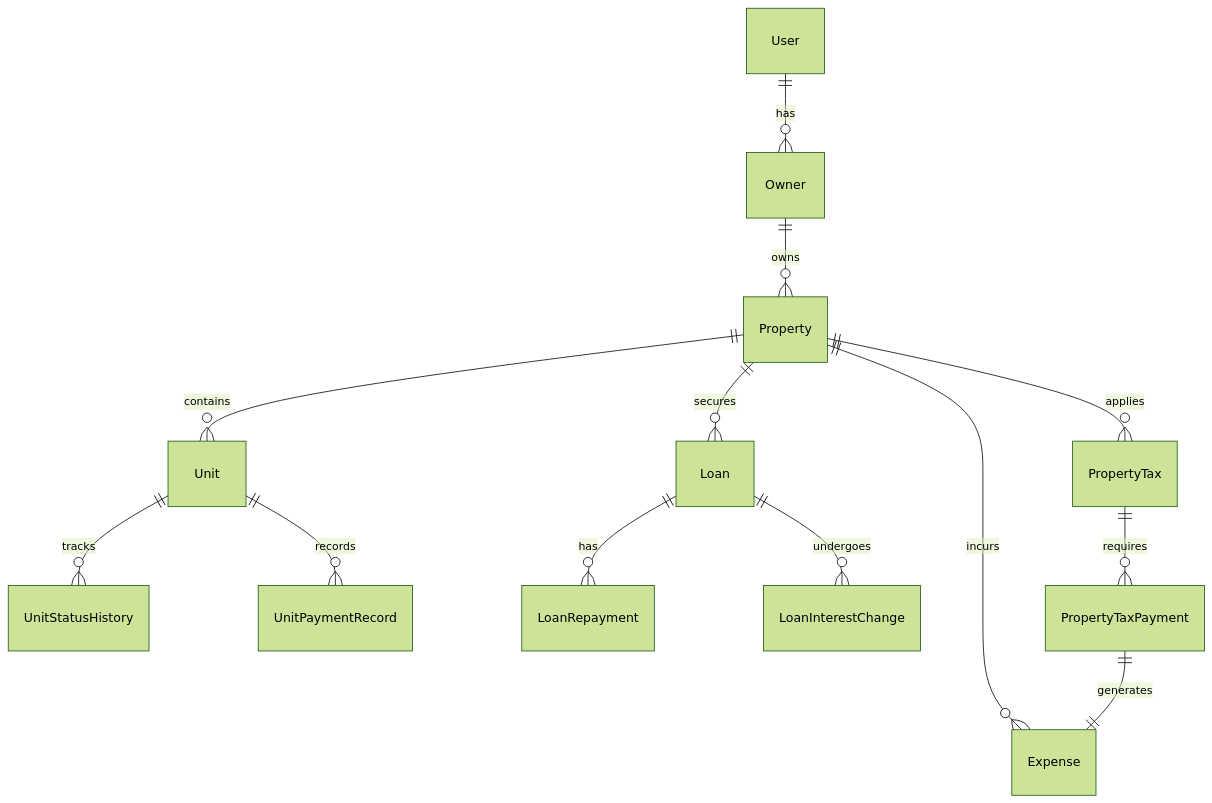
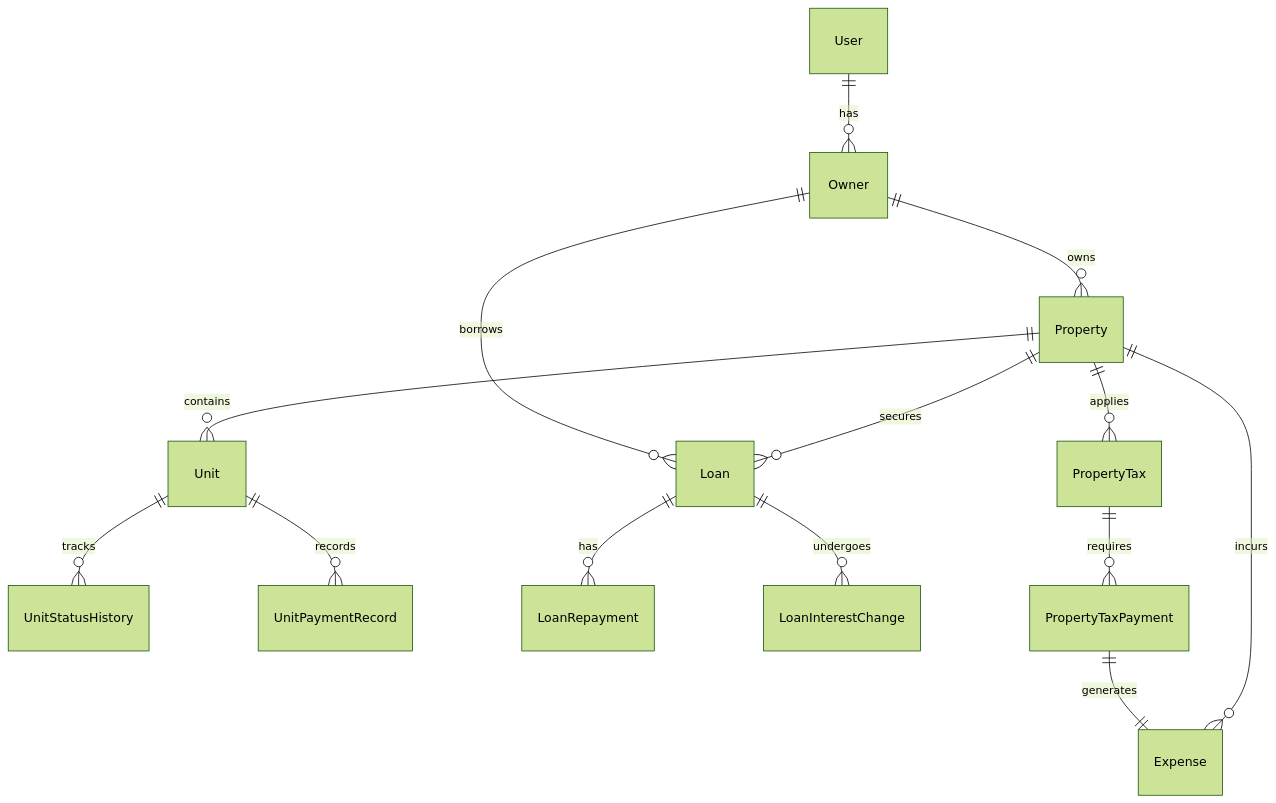
The first of 6 diagrams in docs/data-model.md (denof-inc/richman-manage), drawn with Mermaid (forest theme) before and after one commit. The commit also changed other lines of this file and 1 other file, not shown here.

Commit message:
docs(data-model): Loans/Ownersの最新仕様に同期（owner_kind/owner_id/branch_name/notes、property任意化、インデックス追記）\n\n- 概念ERに Owner→Loan を追加\n- owners.type→owner_kind、loansスキーマを現行に合わせて更新\n- idx_loans_owner_id を追記\n- 要件に『オーナー/支店/メモ/物件非紐付け』を明記\n (#115)

````diff
--- a/docs/data-model.md
+++ b/docs/data-model.md
@@ -5,15 +5,16 @@
 ```mermaid
 erDiagram
     User ||--o{ Owner : has
     Owner ||--o{ Property : owns
     Property ||--o{ Unit : contains
     Property ||--o{ Loan : secures
+    Owner ||--o{ Loan : borrows
     Property ||--o{ PropertyTax : applies
     Property ||--o{ Expense : incurs
     Unit ||--o{ UnitStatusHistory : tracks
     Unit ||--o{ UnitPaymentRecord : records
     Loan ||--o{ LoanRepayment : has
     Loan ||--o{ LoanInterestChange : undergoes
     PropertyTax ||--o{ PropertyTaxPayment : requires
     PropertyTaxPayment ||--|| Expense : generates
 ```
````
